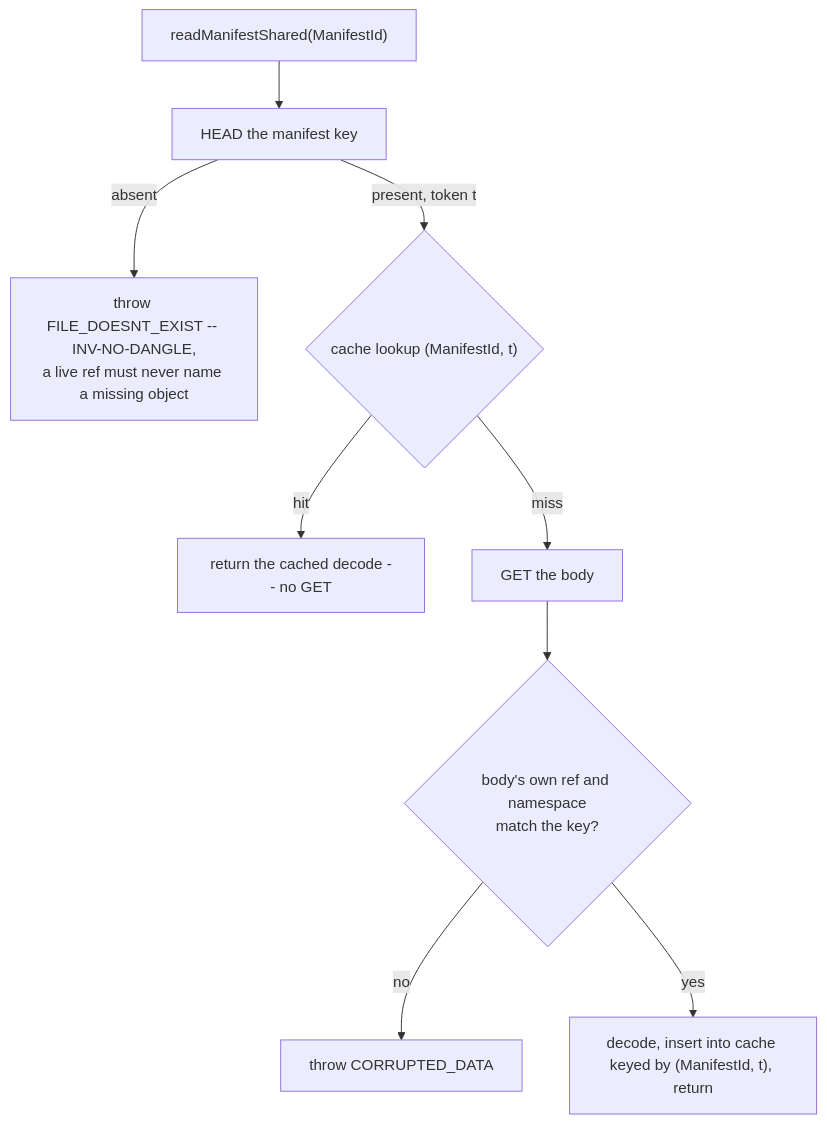
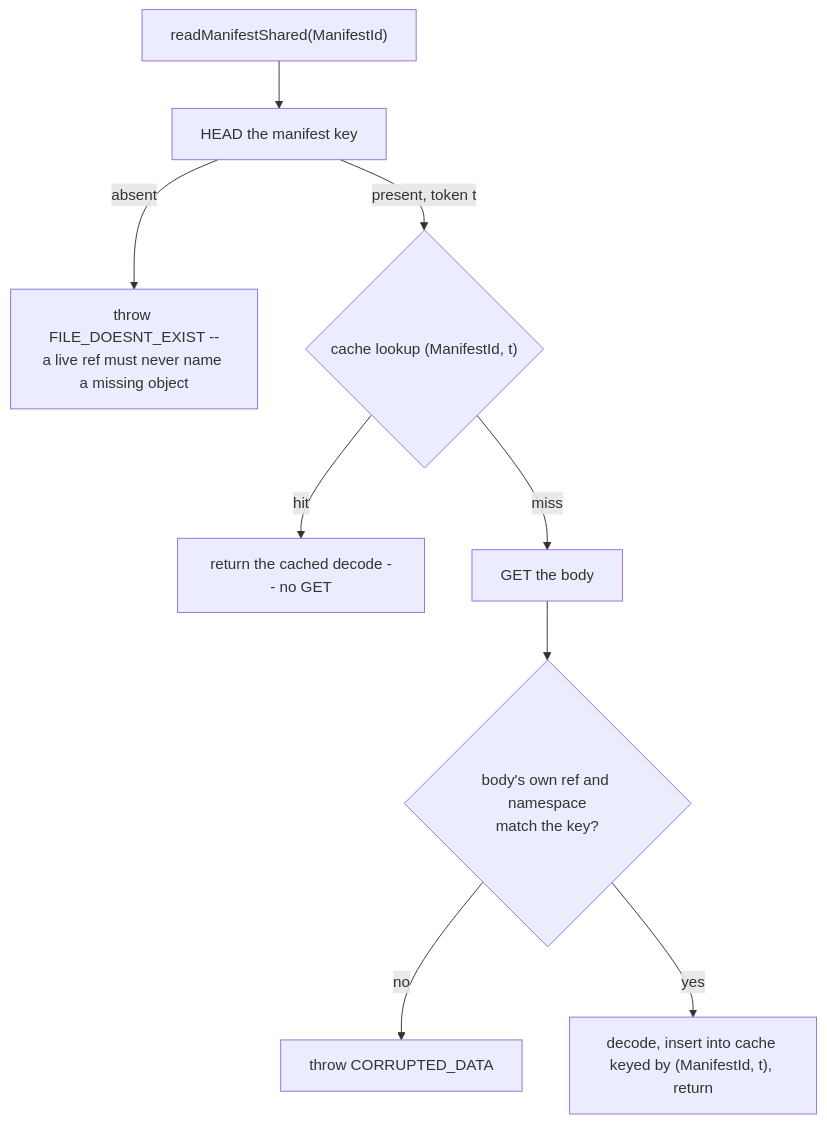
The diagram in docs/en/antalya/cas/architecture/read-path.md (Altinity/ClickHouse), drawn with Mermaid before and after one commit. The commit also changed 4 other files, not shown here.

````diff
--- a/docs/en/antalya/cas/architecture/read-path.md
+++ b/docs/en/antalya/cas/architecture/read-path.md
@@ -45,11 +45,11 @@
 ```mermaid
 flowchart TD
     A["readManifestShared(ManifestId)"] --> B["HEAD the manifest key"]
-    B -->|"absent"| C["throw FILE_DOESNT_EXIST -- INV-NO-DANGLE,<br/>a live ref must never name a missing object"]
+    B -->|"absent"| C["throw FILE_DOESNT_EXIST --<br/>a live ref must never name a missing object"]
     B -->|"present, token t"| D{"cache lookup (ManifestId, t)"}
     D -->|hit| E["return the cached decode -- no GET"]
     D -->|miss| F["GET the body"]
     F --> G{"body's own ref and namespace<br/>match the key?"}
     G -->|no| H["throw CORRUPTED_DATA"]
     G -->|yes| I["decode, insert into cache keyed by (ManifestId, t), return"]
 ```
````
